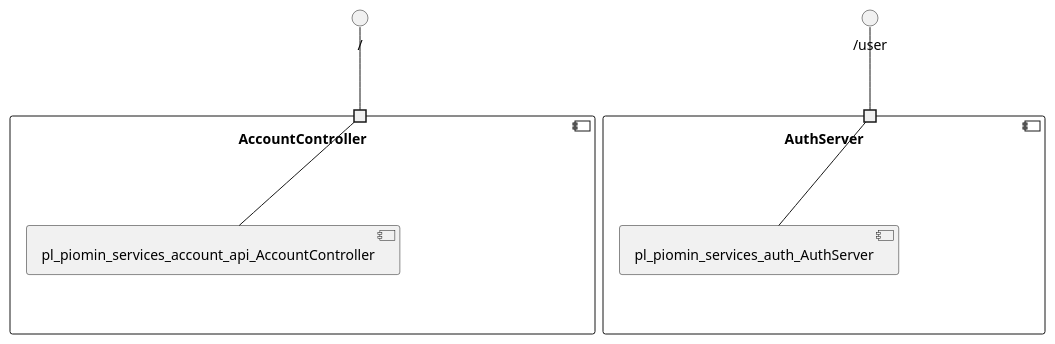
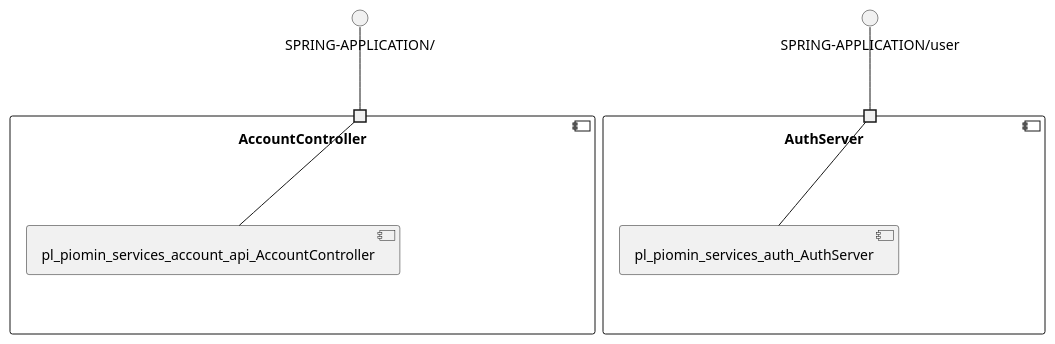
The diagram in piomin-sample-spring-oauth2-microservices/model_re/uml/componentDiagram.puml (View-Based-Reverse-Engineering/Retriever-Benchmark), drawn with PlantUML before and after one commit. The commit also changed 191 other files, not shown here.

```diff
--- a/piomin-sample-spring-oauth2-microservices/model_re/uml/componentDiagram.puml
+++ b/piomin-sample-spring-oauth2-microservices/model_re/uml/componentDiagram.puml
@@ -1,18 +1,18 @@
 @startuml
 skinparam fixCircleLabelOverlapping true
 component "AccountController\n\n\n\n\n\n" {
 [pl_piomin_services_account_api_AccountController]
-portin " " as AccountController.requires._
-"AccountController.requires._"--[pl_piomin_services_account_api_AccountController]
+portin " " as AccountController.requires.SPRING_APPLICATION_
+"AccountController.requires.SPRING_APPLICATION_"--[pl_piomin_services_account_api_AccountController]
 }
-interface "/" as interface._
-interface._--"AccountController.requires._"
+interface "SPRING-APPLICATION/" as interface.SPRING_APPLICATION_
+interface.SPRING_APPLICATION_--"AccountController.requires.SPRING_APPLICATION_"
 component "AuthServer\n\n\n\n\n\n" {
 [pl_piomin_services_auth_AuthServer]
-portin " " as AuthServer.requires._user
-"AuthServer.requires._user"--[pl_piomin_services_auth_AuthServer]
+portin " " as AuthServer.requires.SPRING_APPLICATION_user
+"AuthServer.requires.SPRING_APPLICATION_user"--[pl_piomin_services_auth_AuthServer]
 }
-interface "/user" as interface._user
-interface._user--"AuthServer.requires._user"
+interface "SPRING-APPLICATION/user" as interface.SPRING_APPLICATION_user
+interface.SPRING_APPLICATION_user--"AuthServer.requires.SPRING_APPLICATION_user"
 
 @enduml
```
